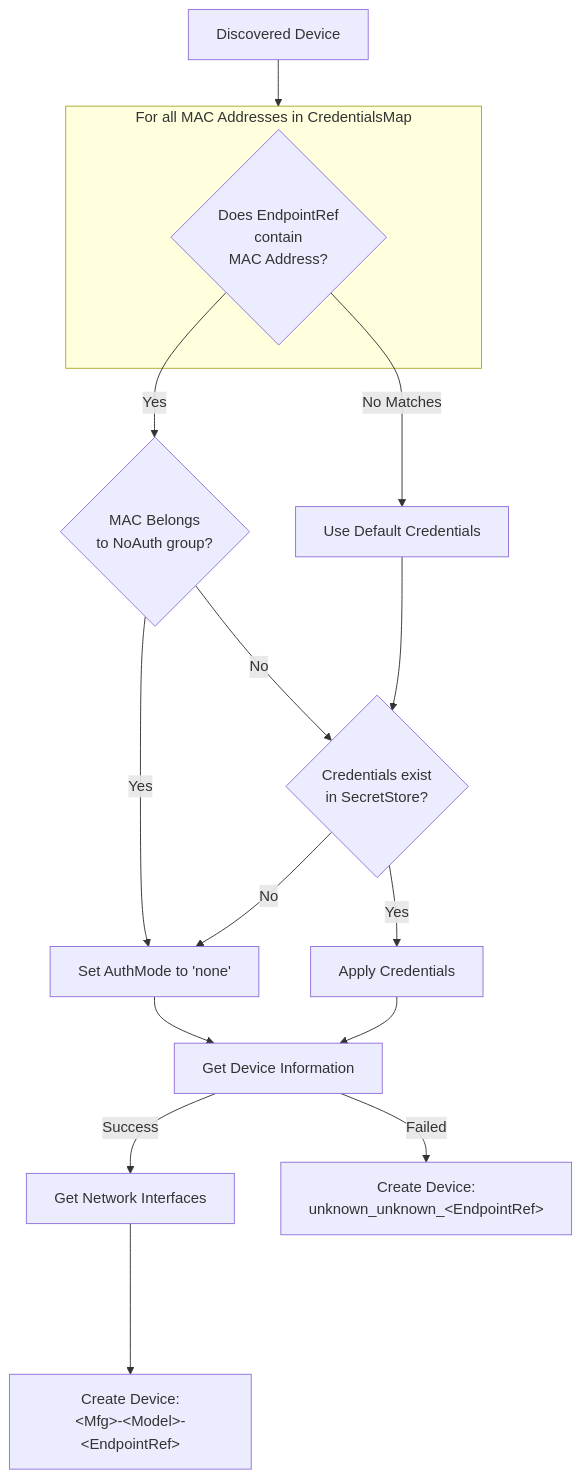
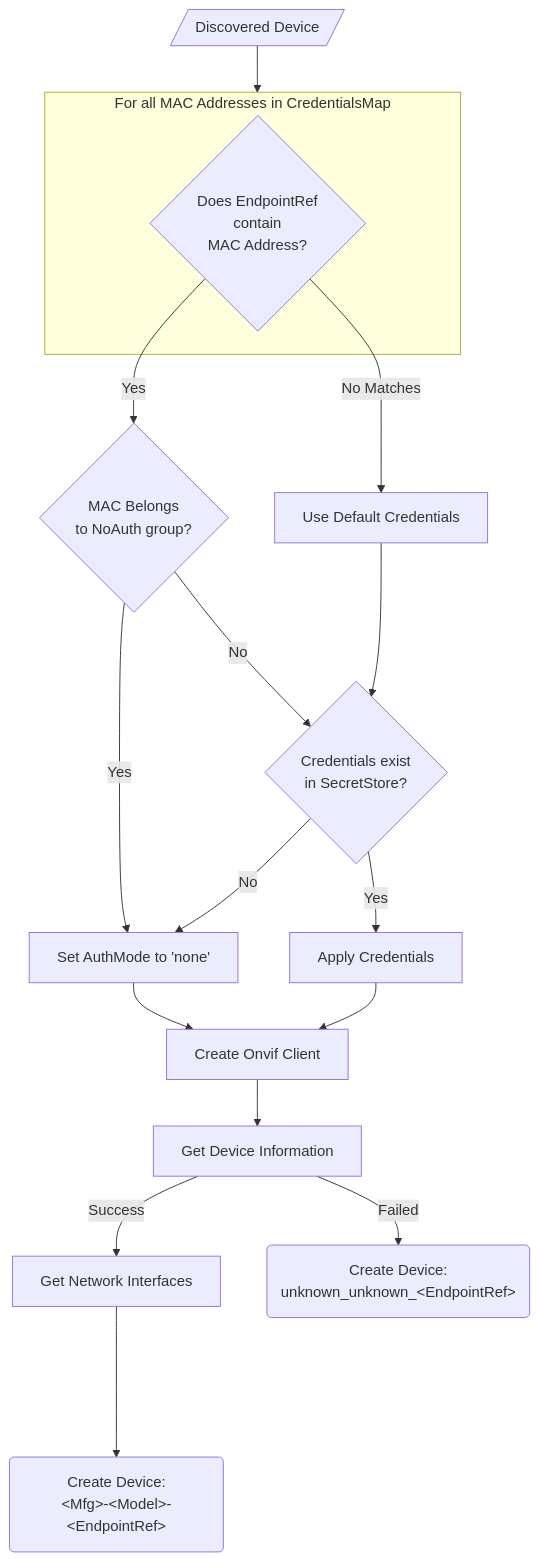
One commit to edgexfoundry/device-onvif-camera changed the first of 2 diagrams in doc/credentials.md. Above: the diagram before and after it, drawn with Mermaid. The commit also changed other lines of this file and 2 other files, not shown here.

````diff
--- a/doc/credentials.md
+++ b/doc/credentials.md
@@ -171,36 +171,37 @@
 ```mermaid
 %% Note: The node and edge definitions are split up to make it easier to adjust the
 %% links between the various nodes.
 flowchart TD;   
     %% -------- Node Definitions -------- %%
-    DiscoveredDevice[Discovered Device]
+    DiscoveredDevice[/Discovered Device/]
     UseDefault[Use Default Credentials]
     EndpointRefHasMAC{Does EndpointRef<br/>contain<br/>MAC Address?}
     InNoAuthGroup{MAC Belongs<br/>to NoAuth group?}
     AuthModeNone[Set AuthMode to 'none']
     ApplyCreds[Apply Credentials]
     InSecretStore{Credentials exist<br/>in SecretStore?}
+    CreateClient[Create Onvif Client]
     GetDeviceInfo[Get Device Information]
     GetNetIfaces[Get Network Interfaces]
-    CreateDevice[Create Device:<br/>&ltMfg&gt-&ltModel&gt-&ltEndpointRef&gt]
-    CreateUnknownDevice[Create Device:<br/>unknown_unknown_&ltEndpointRef&gt]
+    CreateDevice(Create Device:<br/>&ltMfg&gt-&ltModel&gt-&ltEndpointRef&gt)
+    CreateUnknownDevice(Create Device:<br/>unknown_unknown_&ltEndpointRef&gt)
 
     %% -------- Graph Definitions -------- %%
     DiscoveredDevice --> ForAllMAC
     subgraph ForAllMAC[For all MAC Addresses in CredentialsMap]
       EndpointRefHasMAC
-      style ForAllMAC rankSpacing:100;
     end
-    EndpointRefHasMAC -- Yes --> InNoAuthGroup
+    EndpointRefHasMAC -->|Yes| InNoAuthGroup
     EndpointRefHasMAC -- No Matches --> UseDefault
-    InNoAuthGroup -- Yes --> AuthModeNone
-    InNoAuthGroup -- No --> InSecretStore
+    InNoAuthGroup -->|Yes| AuthModeNone
+    InNoAuthGroup -->|No| InSecretStore
     UseDefault --> InSecretStore
-    AuthModeNone --> GetDeviceInfo
-    InSecretStore -- Yes --> ApplyCreds
-    InSecretStore -- No --> AuthModeNone
-    ApplyCreds --> GetDeviceInfo
-    GetDeviceInfo -- Failed --> CreateUnknownDevice
-    GetDeviceInfo -- Success --> GetNetIfaces
+    AuthModeNone --> CreateClient
+    InSecretStore -->|Yes| ApplyCreds
+    InSecretStore -->|No| AuthModeNone
+    ApplyCreds --> CreateClient
+    CreateClient --> GetDeviceInfo
+    GetDeviceInfo -->|Failed| CreateUnknownDevice
+    GetDeviceInfo -->|Success| GetNetIfaces
     GetNetIfaces ----> CreateDevice
 ```
````
